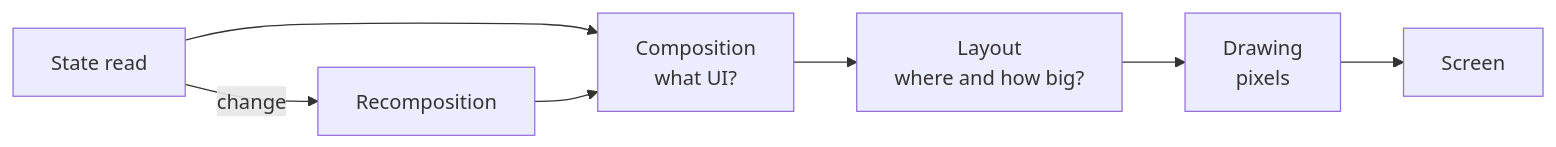
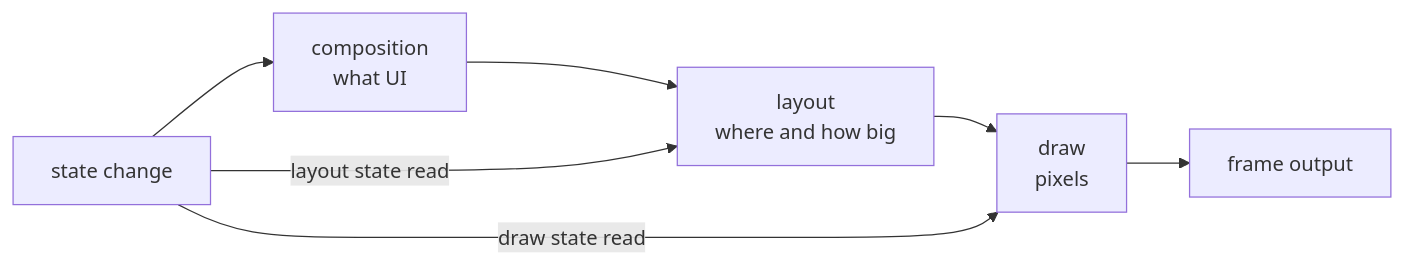
One commit to m1ser4ble/m1ser4ble.github.io changed the second of 3 diagrams in _posts/2026-06-09-manifest-android-interview-04-compose-foundation-runtime.md. Above: the diagram before and after it, drawn with Mermaid. The commit also changed other lines of this file and 3 other files, not shown here.

```diff
--- a/_posts/2026-06-09-manifest-android-interview-04-compose-foundation-runtime.md
+++ b/_posts/2026-06-09-manifest-android-interview-04-compose-foundation-runtime.md
@@ -100,12 +121,15 @@
 <div class="mermaid">
 flowchart LR
-    State[State read]
-    Composition[Composition<br/>what UI?]
-    Layout[Layout<br/>where and how big?]
-    Drawing[Drawing<br/>pixels]
-    Screen[Screen]
+    StateChange["state change"]
+    Composition["composition<br/>what UI"]
+    Layout["layout<br/>where and how big"]
+    Draw["draw<br/>pixels"]
+    Frame["frame output"]
 
-    State --> Composition --> Layout --> Drawing --> Screen
-    State -->|change| Recomposition[Recomposition]
-    Recomposition --> Composition
+    StateChange --> Composition
+    Composition --> Layout
+    Layout --> Draw
+    Draw --> Frame
+    StateChange -->|"layout state read"| Layout
+    StateChange -->|"draw state read"| Draw
 </div>
```
